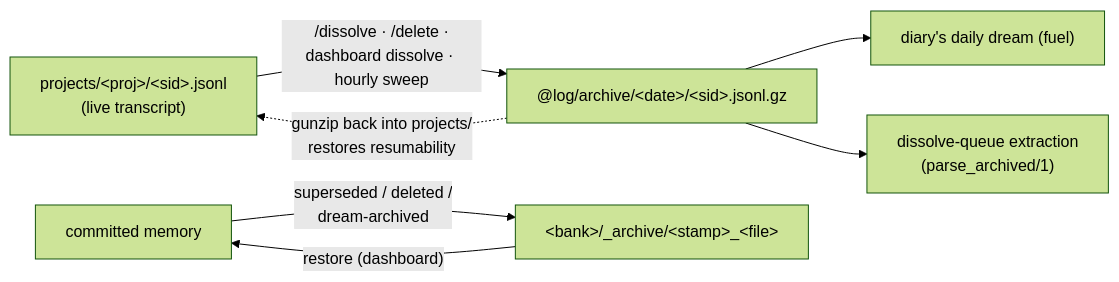
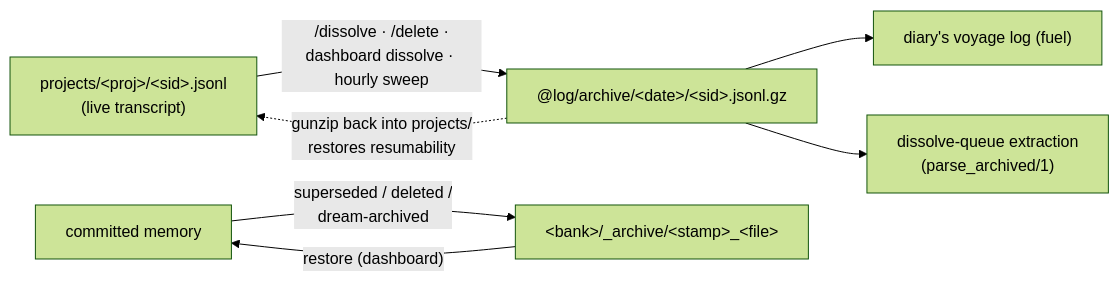
Before and after one commit to jgeschwendt/.claude: the eighth of 8 diagrams in @apps/web/lib/core/memory.md, drawn with Mermaid (forest theme). The commit also changed other lines of this file and 7 other files, not shown here.

````diff
--- a/@apps/web/lib/core/memory.md
+++ b/@apps/web/lib/core/memory.md
@@ -343,9 +343,9 @@
 ```mermaid
 flowchart LR
     T["projects/&lt;proj&gt;/&lt;sid&gt;.jsonl<br/>(live transcript)"] -->|"/dissolve · /delete ·<br/>dashboard dissolve · hourly sweep"| G["@log/archive/&lt;date&gt;/&lt;sid&gt;.jsonl.gz"]
-    G --> DRM["diary's daily dream (fuel)"]
+    G --> DRM["diary's voyage log (fuel)"]
     G --> QX["dissolve-queue extraction<br/>(parse_archived/1)"]
     G -.->|"gunzip back into projects/<br/>restores resumability"| T
     M1["committed memory"] -->|superseded / deleted /<br/>dream-archived| A["&lt;bank&gt;/_archive/&lt;stamp&gt;_&lt;file&gt;"]
     A -->|"restore (dashboard)"| M1
 ```
````
